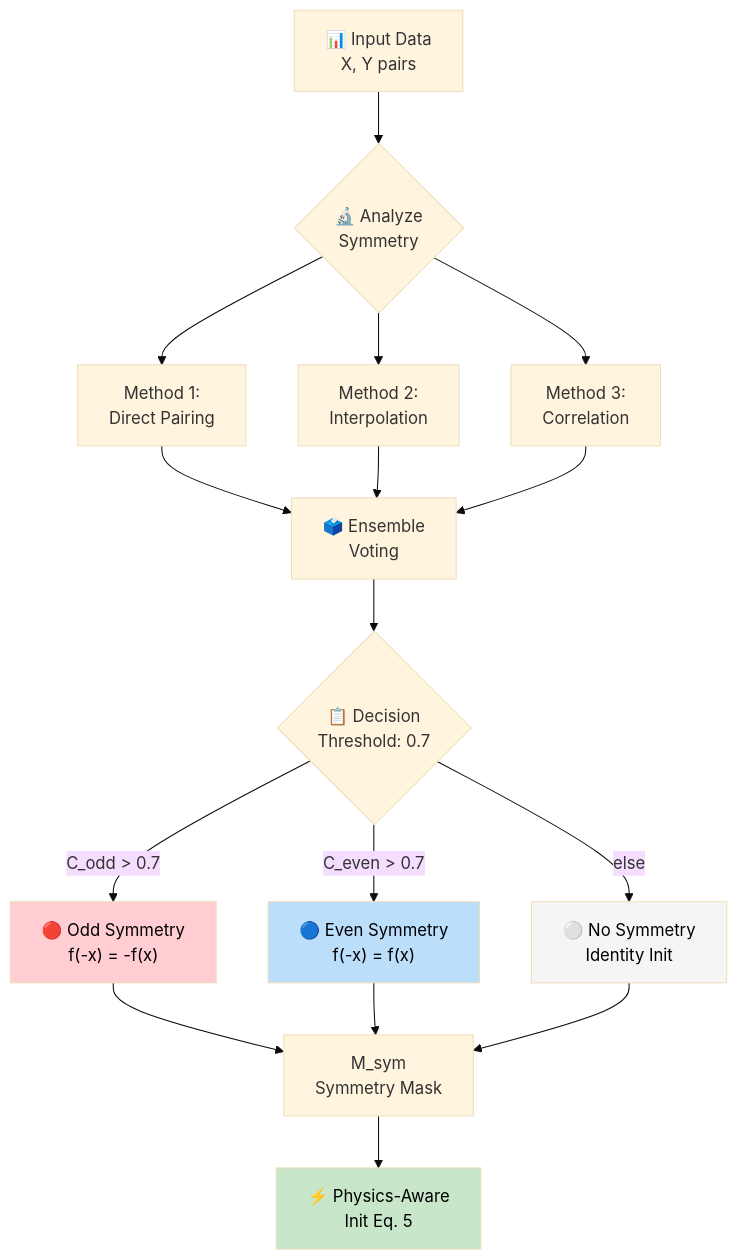
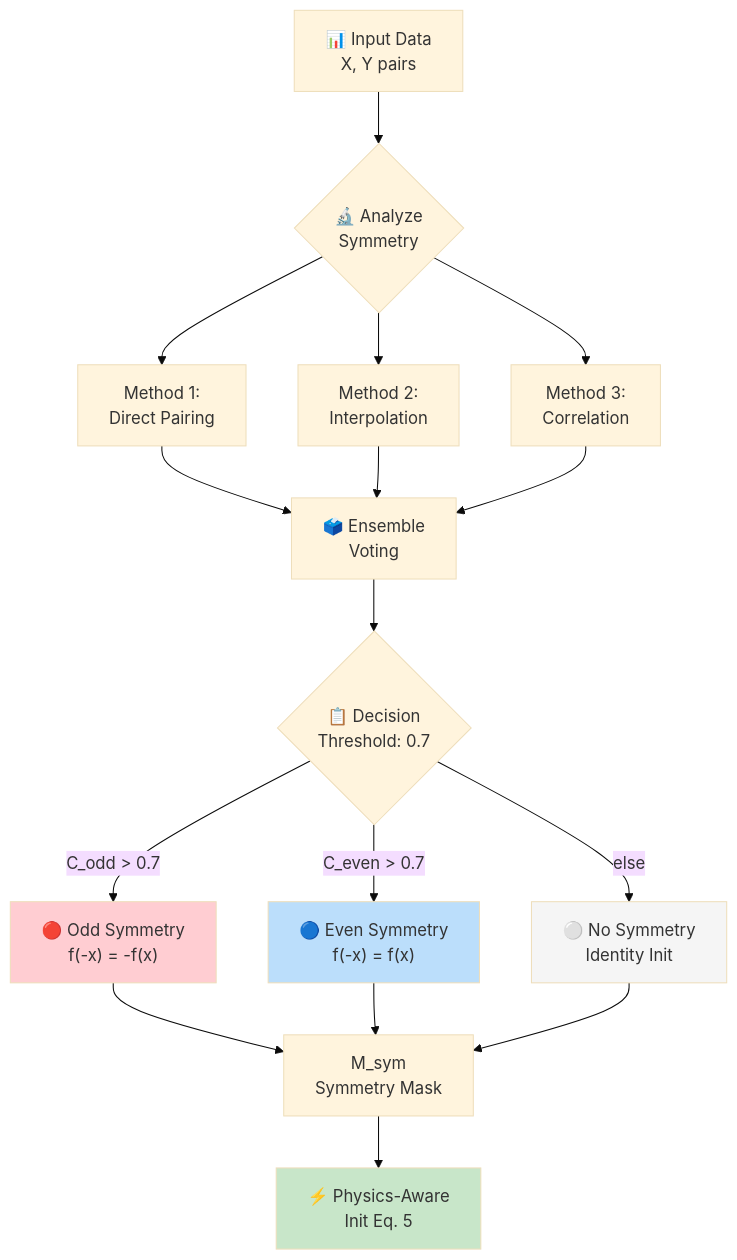
Before and after one commit to jurjsorinliviu/Psi-Vortex: the fourth of 7 diagrams in README.md, drawn with Mermaid (base theme). The commit also changed other lines of this file, not shown here.

````diff
--- a/README.md
+++ b/README.md
@@ -583,28 +431,28 @@
 ```mermaid
 flowchart TD
     A["📊 Input Data<br>X, Y pairs"] --> B{"🔬 Analyze<br>Symmetry"}
     
     B --> C["Method 1:<br>Direct Pairing"]
     B --> D["Method 2:<br>Interpolation"]
     B --> E["Method 3:<br>Correlation"]
     
     C --> F["🗳️ Ensemble<br>Voting"]
     D --> F
     E --> F
     
     F --> G{"📋 Decision<br>Threshold: 0.7"}
     G -->|"C_odd > 0.7"| H["🔴 Odd Symmetry<br>f(-x) = -f(x)"]
     G -->|"C_even > 0.7"| I["🔵 Even Symmetry<br>f(-x) = f(x)"]
     G -->|"else"| J["⚪ No Symmetry<br>Identity Init"]
     
     H --> K["M_sym<br>Symmetry Mask"]
     I --> K
     J --> K
     
     K --> L["⚡ Physics-Aware<br>Init Eq. 5"]
     
-    style H fill:#ffcdd2,color:#000000
-    style I fill:#bbdefb,color:#000000
-    style J fill:#f5f5f5,color:#000000
-    style L fill:#c8e6c9,color:#000000
+    style H fill:#ffcdd2
+    style I fill:#bbdefb
+    style J fill:#f5f5f5
+    style L fill:#c8e6c9
 ```
````
